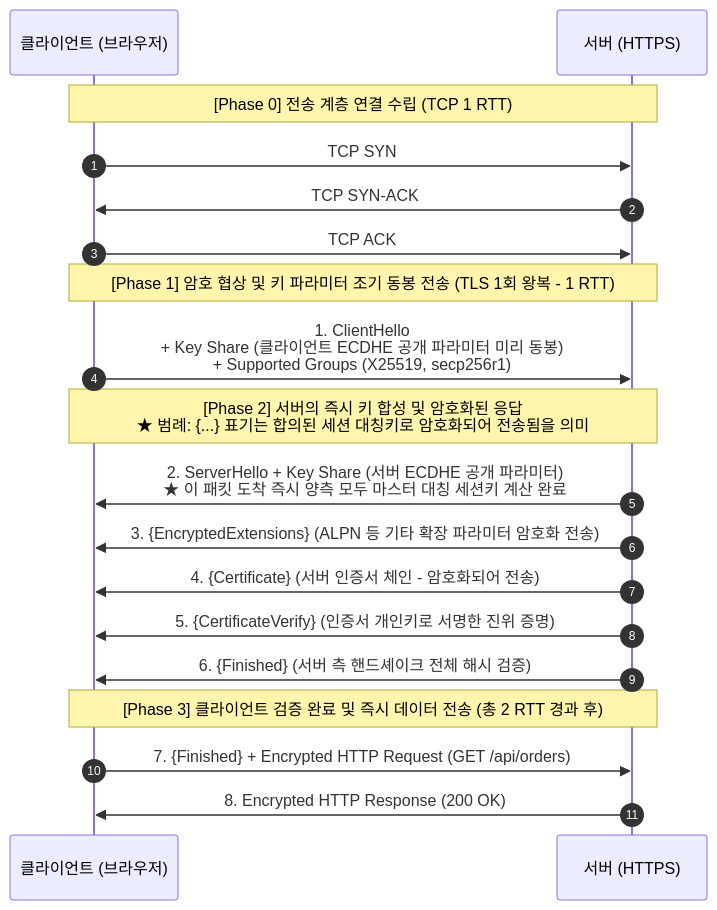
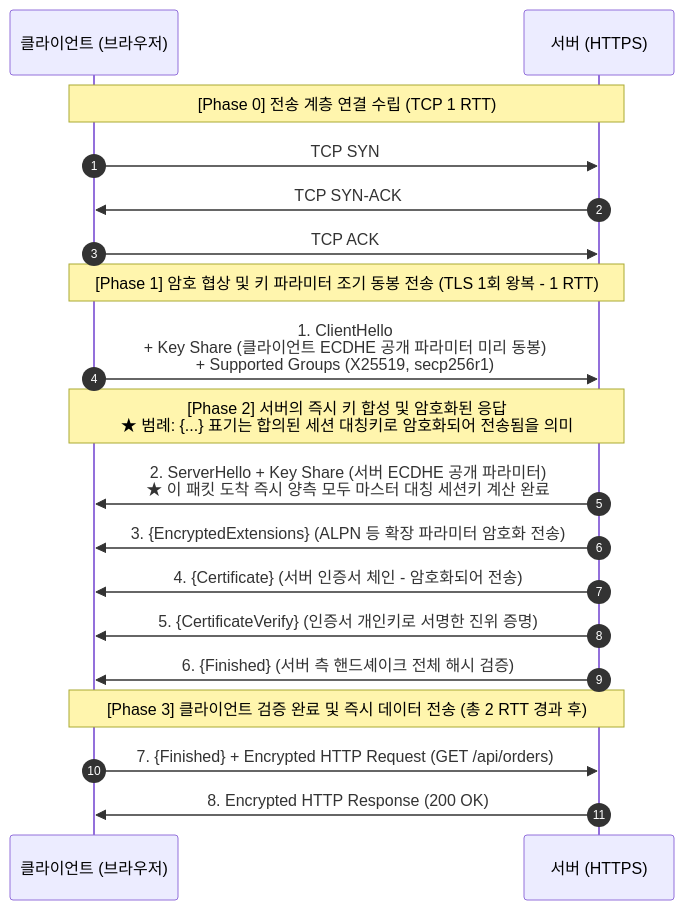
One commit to studylida/studylida.github.io changed the eighth of 13 diagrams in src/content/posts/tls-ssl-handshake-and-https-deep-dive.md. Above: the diagram before and after it, drawn with Mermaid. The commit also changed other lines of this file and 4 other files, not shown here.

Commit message:
refactor(posts): polish phase 1 network, pydantic, and roadmap posts

````diff
--- a/src/content/posts/tls-ssl-handshake-and-https-deep-dive.md
+++ b/src/content/posts/tls-ssl-handshake-and-https-deep-dive.md
@@ -339,25 +312,25 @@
 ```mermaid
 sequenceDiagram
     autonumber
     participant Client as 클라이언트 (브라우저)
     participant Server as 서버 (HTTPS)
 
     Note over Client,Server: [Phase 0] 전송 계층 연결 수립 (TCP 1 RTT)
     Client->>Server: TCP SYN
     Server->>Client: TCP SYN-ACK
     Client->>Server: TCP ACK
 
     Note over Client,Server: [Phase 1] 암호 협상 및 키 파라미터 조기 동봉 전송 (TLS 1회 왕복 - 1 RTT)
     Client->>Server: 1. ClientHello<br/>+ Key Share (클라이언트 ECDHE 공개 파라미터 미리 동봉)<br/>+ Supported Groups (X25519, secp256r1)
 
     Note over Client,Server: [Phase 2] 서버의 즉시 키 합성 및 암호화된 응답<br/>★ 범례: {...} 표기는 합의된 세션 대칭키로 암호화되어 전송됨을 의미
     Server->>Client: 2. ServerHello + Key Share (서버 ECDHE 공개 파라미터)<br/>★ 이 패킷 도착 즉시 양측 모두 마스터 대칭 세션키 계산 완료
-    Server->>Client: 3. {EncryptedExtensions} (ALPN 등 기타 확장 파라미터 암호화 전송)
+    Server->>Client: 3. {EncryptedExtensions} (ALPN 등 확장 파라미터 암호화 전송)
     Server->>Client: 4. {Certificate} (서버 인증서 체인 - 암호화되어 전송)
     Server->>Client: 5. {CertificateVerify} (인증서 개인키로 서명한 진위 증명)
     Server->>Client: 6. {Finished} (서버 측 핸드셰이크 전체 해시 검증)
 
     Note over Client,Server: [Phase 3] 클라이언트 검증 완료 및 즉시 데이터 전송 (총 2 RTT 경과 후)
     Client->>Server: 7. {Finished} + Encrypted HTTP Request (GET /api/orders)
     Server->>Client: 8. Encrypted HTTP Response (200 OK)
 ```
````
